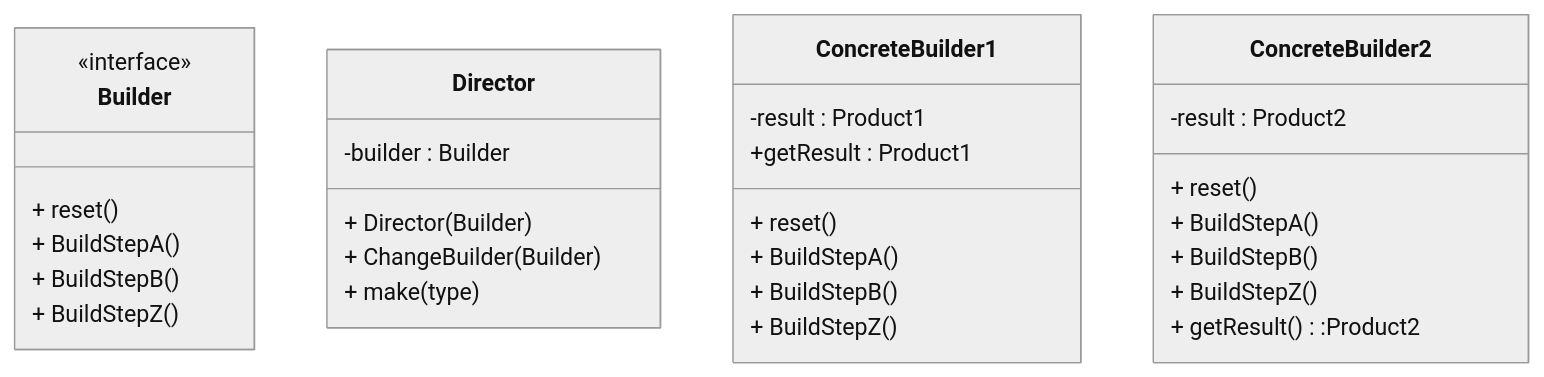
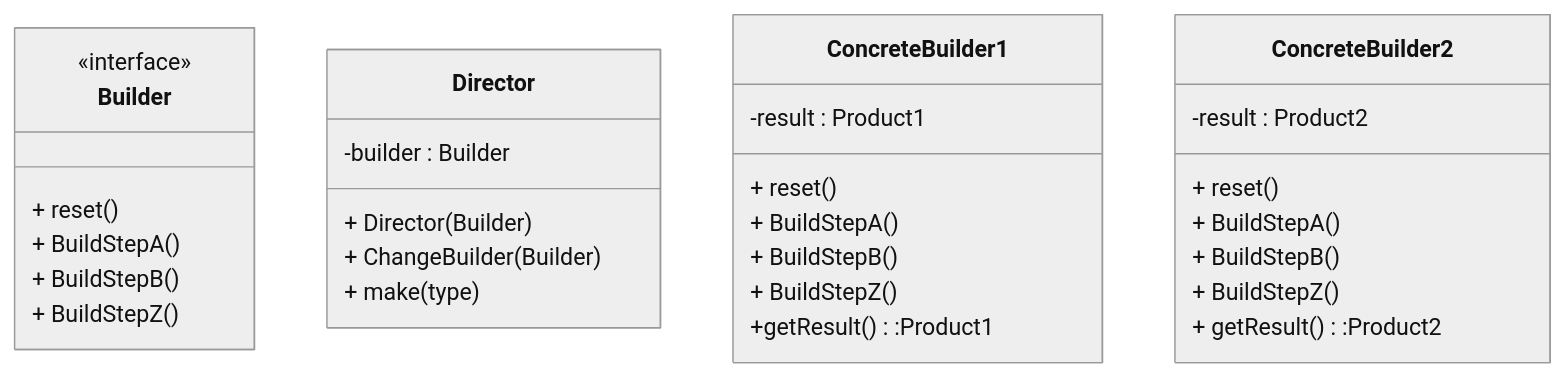
The diagram in Builder/README.md (kirolossedra/Creational-Design-Patterns), drawn with Mermaid (neutral theme) before and after one commit.

````diff
--- a/Builder/README.md
+++ b/Builder/README.md
@@ -2,39 +2,39 @@
 ```mermaid
 classDiagram
 
 class Builder{
 <<interface>> 
     + reset()
     + BuildStepA()
     + BuildStepB()
     + BuildStepZ()
 }
 
 class Director{
 -builder : Builder
 + Director(Builder)
 + ChangeBuilder(Builder)
 + make(type)
 }
 
 class ConcreteBuilder1{
 -result : Product1
 + reset()
 + BuildStepA()
 + BuildStepB()
 + BuildStepZ()
-+getResult : Product1
++getResult():Product1
 
 }
 
 class ConcreteBuilder2{
 -result : Product2
 + reset()
 + BuildStepA()
 + BuildStepB()
 + BuildStepZ()
 + getResult():Product2
 
 }
 
 ```
````
